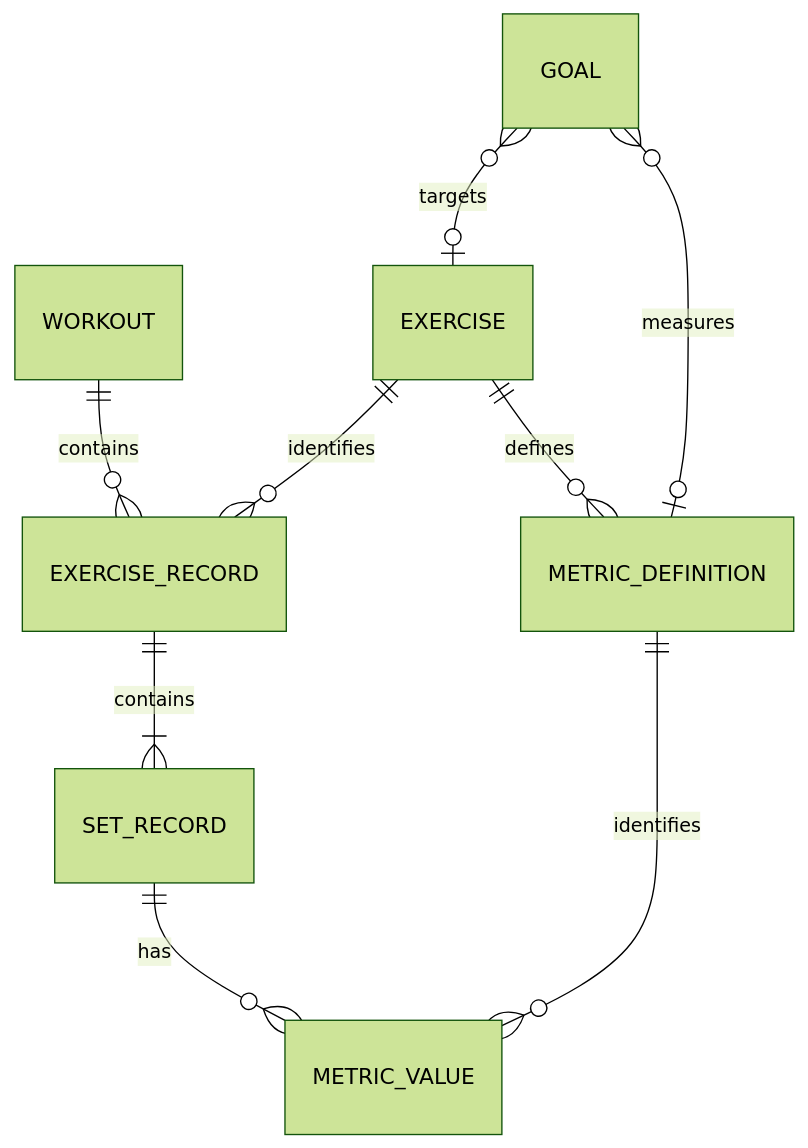
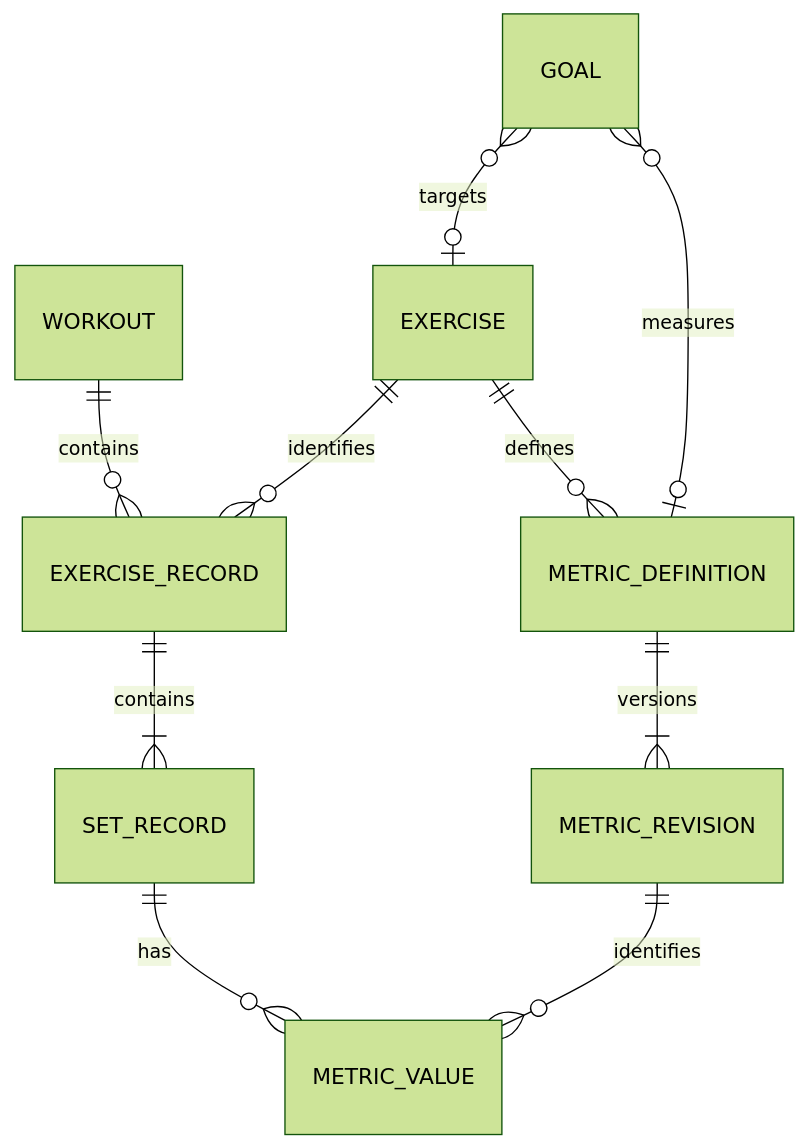
One commit to iorinu/Melete changed the second of 2 diagrams in docs/design-doc.md. Above: the diagram before and after it, drawn with Mermaid (forest theme). The commit also changed other lines of this file, not shown here.

````diff
--- a/docs/design-doc.md
+++ b/docs/design-doc.md
@@ -104,11 +104,12 @@
 ```mermaid
 erDiagram
     WORKOUT ||--o{ EXERCISE_RECORD : contains
     EXERCISE ||--o{ EXERCISE_RECORD : identifies
     EXERCISE ||--o{ METRIC_DEFINITION : defines
     EXERCISE_RECORD ||--|{ SET_RECORD : contains
     SET_RECORD ||--o{ METRIC_VALUE : has
-    METRIC_DEFINITION ||--o{ METRIC_VALUE : identifies
+    METRIC_DEFINITION ||--|{ METRIC_REVISION : versions
+    METRIC_REVISION ||--o{ METRIC_VALUE : identifies
     GOAL }o--o| EXERCISE : targets
     GOAL }o--o| METRIC_DEFINITION : measures
 ```
````
